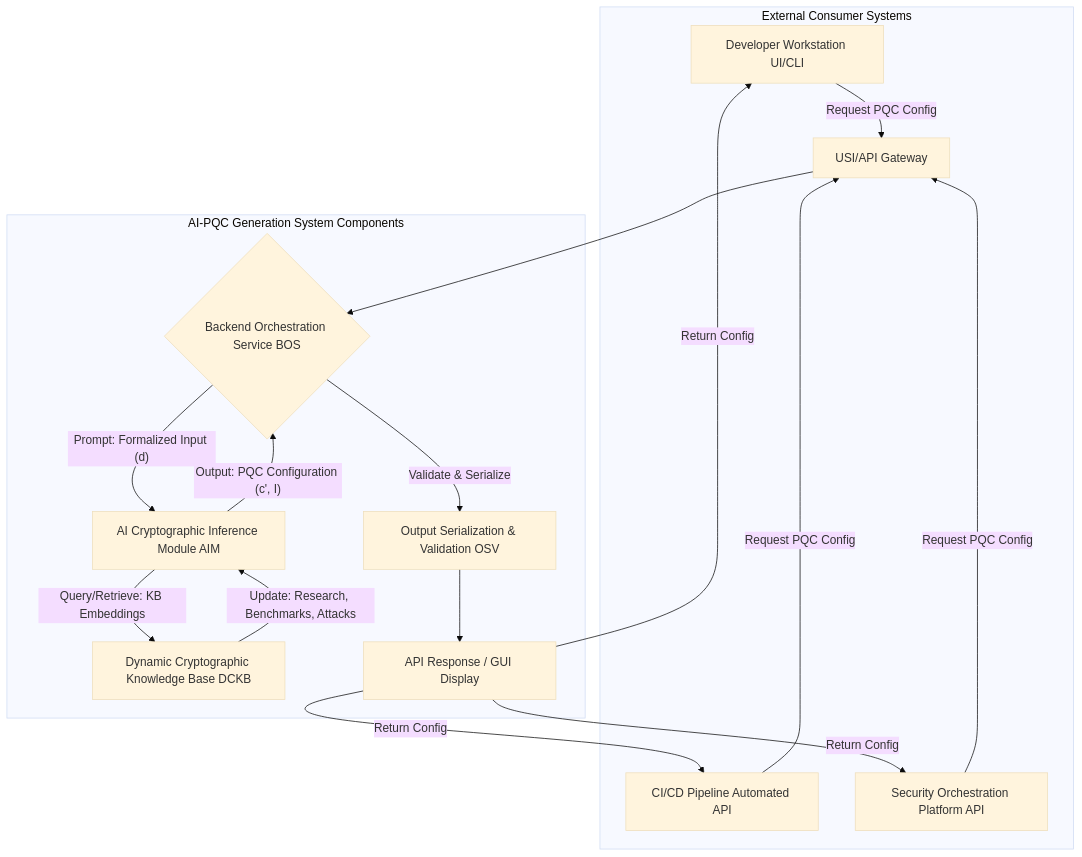
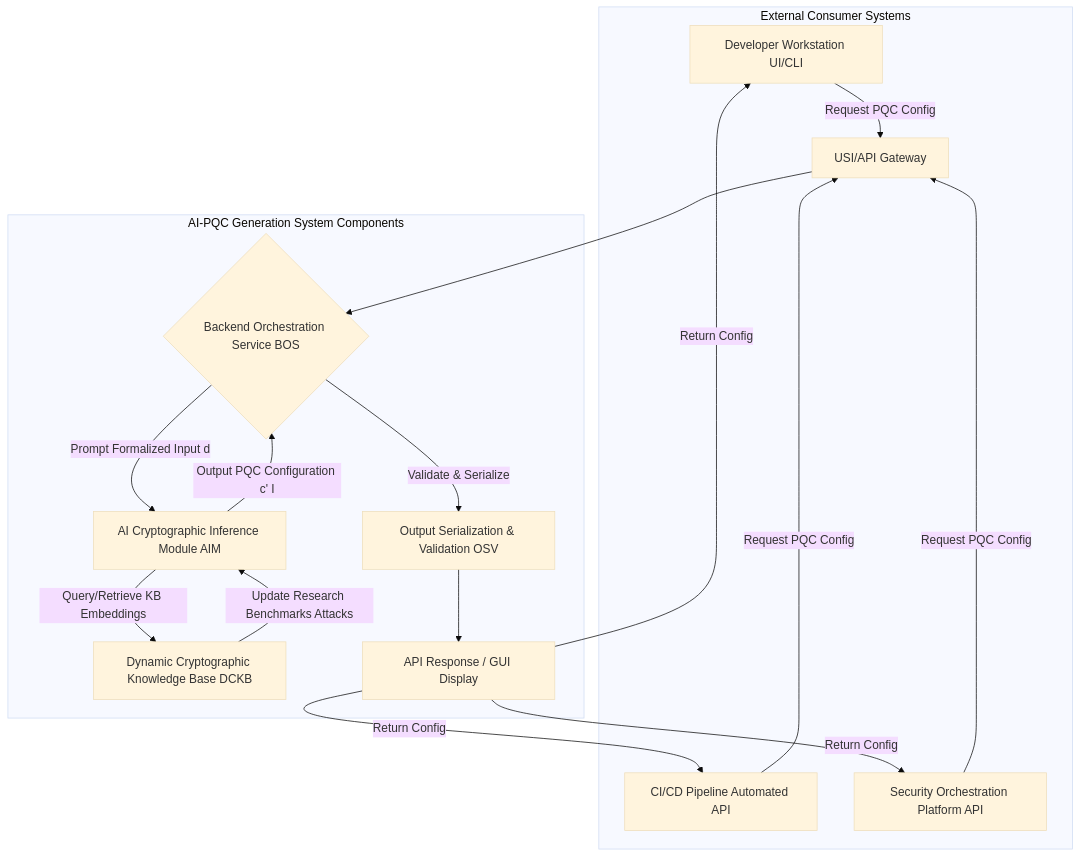
One commit to diplomat-bit/Citibank_Demo_Business_Inc_Demonstration- changed the third of 5 diagrams in inventions/013_post_quantum_cryptography_generation.md. Above: the diagram before and after it, drawn with Mermaid (base theme). The commit also changed other lines of this file, not shown here.

````diff
--- a/inventions/013_post_quantum_cryptography_generation.md
+++ b/inventions/013_post_quantum_cryptography_generation.md
@@ -263,21 +306,21 @@
 ```mermaid
 graph TD
     subgraph "External Consumer Systems"
         A[Developer Workstation UI/CLI] -- "Request PQC Config" --> B
         X[CI/CD Pipeline Automated API] -- "Request PQC Config" --> B
         Y[Security Orchestration Platform API] -- "Request PQC Config" --> B
     end
 
     subgraph "AI-PQC Generation System Components"
         B[USI/API Gateway] --> C{Backend Orchestration Service BOS}
-        C -- "Prompt: Formalized Input (d)" --> D[AI Cryptographic Inference Module AIM]
-        D -- "Query/Retrieve: KB Embeddings" --> E[Dynamic Cryptographic Knowledge Base DCKB]
-        E -- "Update: Research, Benchmarks, Attacks" --> D
-        D -- "Output: PQC Configuration (c', I)" --> C
+        C -- "Prompt Formalized Input d" --> D[AI Cryptographic Inference Module AIM]
+        D -- "Query/Retrieve KB Embeddings" --> E[Dynamic Cryptographic Knowledge Base DCKB]
+        E -- "Update Research Benchmarks Attacks" --> D
+        D -- "Output PQC Configuration c' I" --> C
         C -- "Validate & Serialize" --> F[Output Serialization & Validation OSV]
         F --> G[API Response / GUI Display]
     end
     G -- "Return Config" --> A
     G -- "Return Config" --> X
     G -- "Return Config" --> Y
 ```
````
